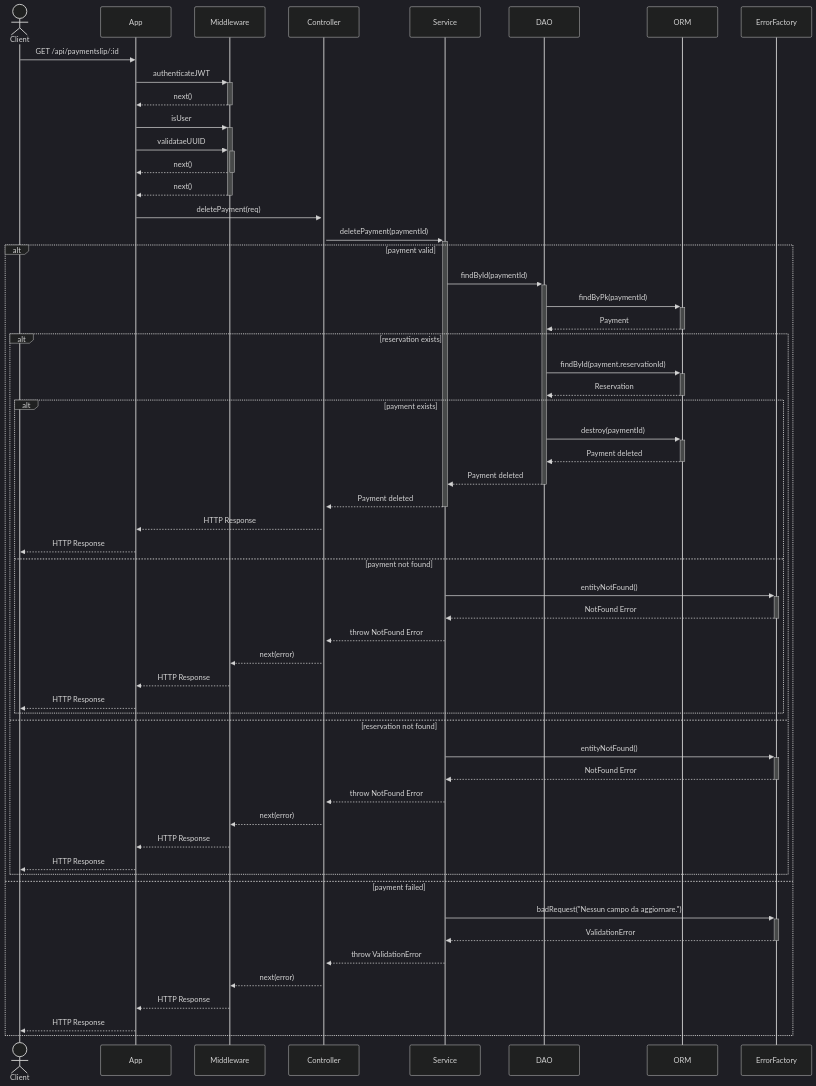
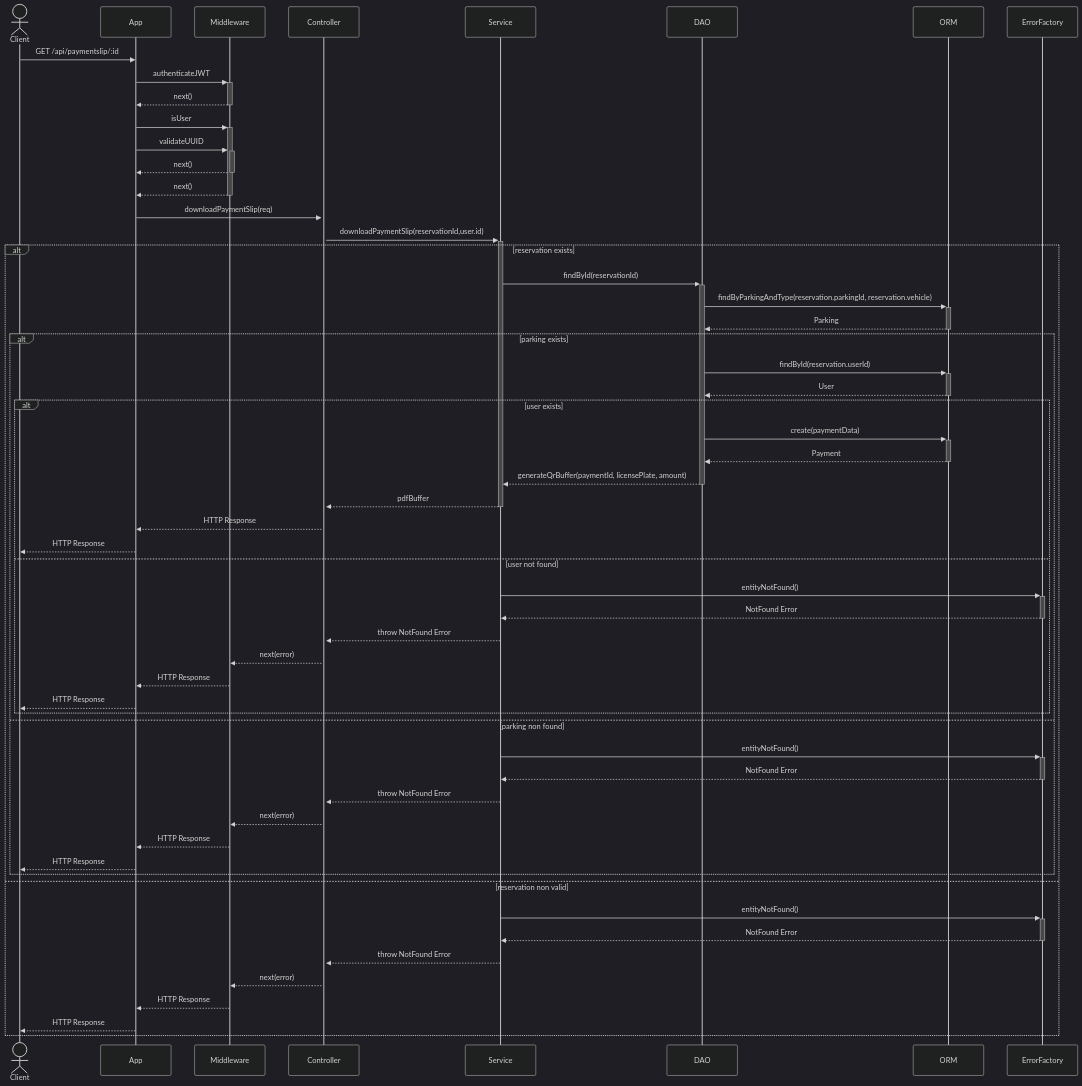
Diagram 16 of 19 in README.md (niccolociotti/parking_PA), drawn with Mermaid (dark theme) before and after one commit. The commit also changed other lines of this file, not shown here.

````diff
--- a/README.md
+++ b/README.md
@@ -940,60 +940,62 @@
 ```mermaid
 sequenceDiagram
     actor Client
     participant App
     participant Middleware
     participant Controller
     participant Service
     participant DAO
     participant ORM
     participant ErrorFactory
 
     Client->>App: GET /api/paymentslip/:id
     App->>+Middleware: authenticateJWT
     Middleware-->>-App: next()
     App->>+Middleware: isUser
-    App->>+Middleware: validataeUUID
+    App->>+Middleware: validateUUID
     Middleware-->>-App: next()
     Middleware-->>-App: next()
-    App->>+Controller: deletePayment(req)
-    Controller->>+Service: deletePayment(paymentId)
-    alt payment valid
-        Service->>+DAO: findById(paymentId)
-        DAO->>+ORM: findByPk(paymentId)
-        ORM-->>-DAO: Payment
-        alt reservation exists
-          DAO->>+ORM: findById(payment.reservationId)
-          ORM-->>-DAO: Reservation
-          alt payment exists
-            DAO->>+ORM: destroy(paymentId)
-            ORM-->>-DAO: Payment deleted
-            DAO-->>-Service: Payment deleted
-            Service-->>-Controller: Payment deleted
-            Controller-->>App: HTTP Response
+    App->>+Controller: downloadPaymentSlip(req)
+    Controller->>+Service: downloadPaymentSlip(reservationId,user.id)
+    alt reservation exists
+      Service->>+DAO: findById(reservationId)
+      DAO->>+ORM: findByParkingAndType(reservation.parkingId, reservation.vehicle)
+      ORM-->>-DAO: Parking
+      alt parking exists
+        DAO->>+ORM: findById(reservation.userId)
+        ORM-->>-DAO: User
+        alt user exists
+            DAO->>+ORM: create(paymentData)
+            ORM-->>-DAO: Payment
+            DAO-->>-Service:  generateQrBuffer(paymentId, licensePlate, amount)
+            Service-->>-Controller: pdfBuffer
+            Controller-->>App: HTTP Response 
             App-->>Client: HTTP Response
-          else payment not found
-              Service->>+ErrorFactory: entityNotFound()
-              ErrorFactory-->>-Service: NotFound Error
-              Service-->>Controller: throw NotFound Error
-              Controller-->>Middleware: next(error)
-              Middleware-->>App: HTTP Response
-              App-->>Client: HTTP Response
-              end
-        else reservation not found
+
+        else user not found
             Service->>+ErrorFactory: entityNotFound()
             ErrorFactory-->>-Service: NotFound Error
             Service-->>Controller: throw NotFound Error
             Controller-->>Middleware: next(error)
             Middleware-->>App: HTTP Response
             App-->>Client: HTTP Response
-            end
-    else payment failed
-      Service->>+ErrorFactory: badRequest("Nessun campo da aggiornare.")
-      ErrorFactory-->>-Service: ValidationError
-      Service-->>Controller: throw ValidationError
+        end
+
+      else parking non found
+        Service->>+ErrorFactory: entityNotFound()
+        ErrorFactory-->>-Service: NotFound Error
+        Service-->>Controller: throw NotFound Error
+        Controller-->>Middleware: next(error)
+        Middleware-->>App: HTTP Response
+        App-->>Client: HTTP Response
+      end
+    else reservation non valid
+      Service->>+ErrorFactory: entityNotFound()
+      ErrorFactory-->>-Service: NotFound Error
+      Service-->>Controller: throw NotFound Error
       Controller-->>Middleware: next(error)
       Middleware-->>App: HTTP Response
       App-->>Client: HTTP Response
-  end
+    end
 
 ```
````
